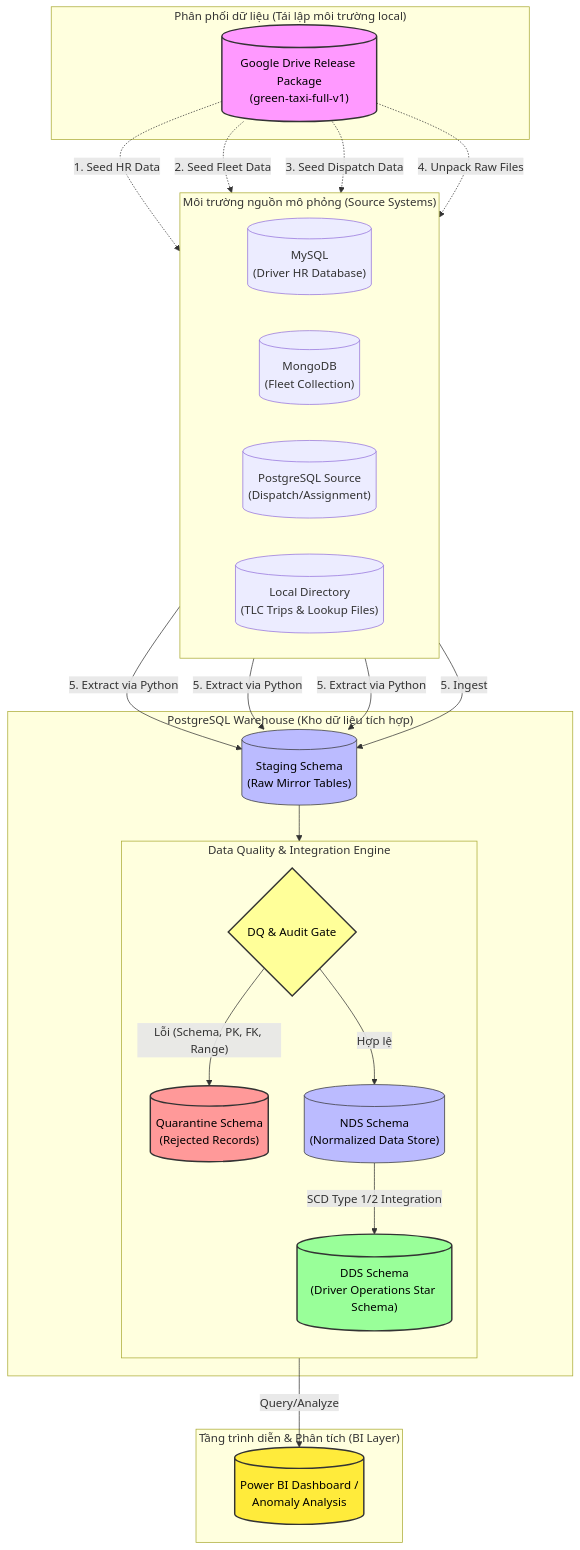
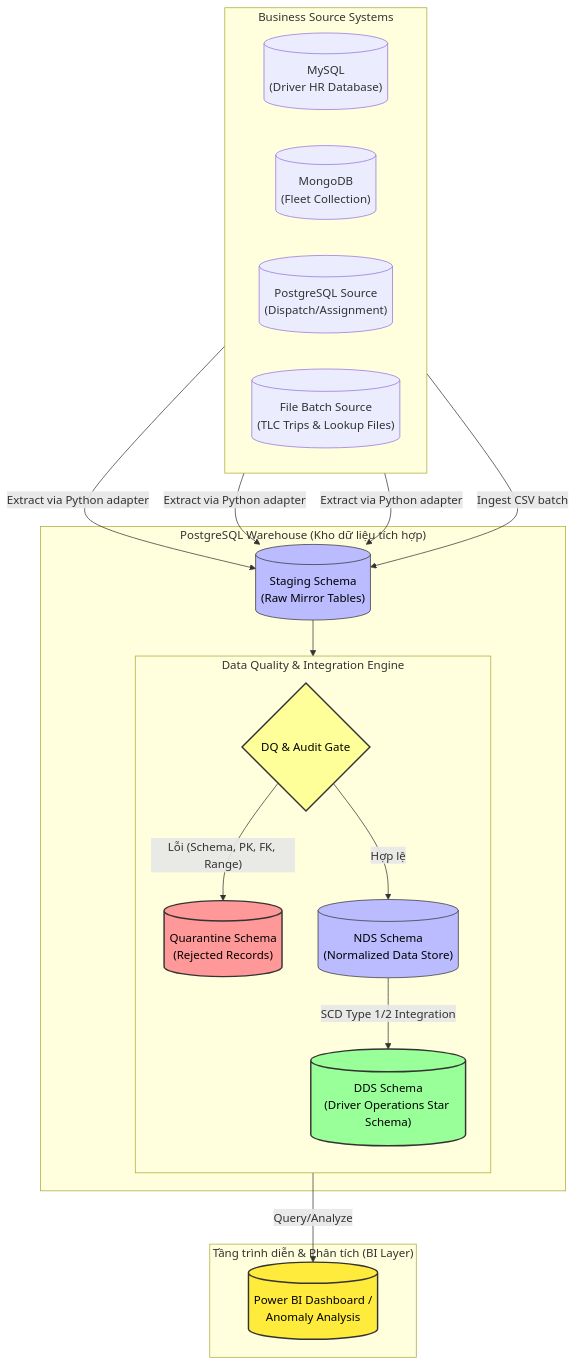
The first of 2 diagrams in README.md (HuyVuCV1011/Green-taxi), drawn with Mermaid before and after one commit. The commit also changed other lines of this file and 17 other files, not shown here.

````diff
--- a/README.md
+++ b/README.md
@@ -57,57 +61,44 @@
 ```mermaid
 flowchart TD
-    %% Định nghĩa các lớp phân tách (subgraph)
-    subgraph Distribution["Phân phối dữ liệu (Tái lập môi trường local)"]
-        GD[("Google Drive Release Package<br>(green-taxi-full-v1)")]
-    end
-
-    subgraph Sources["Môi trường nguồn mô phỏng (Source Systems)"]
+    subgraph Sources["Business Source Systems"]
         direction LR
         MySQL[("MySQL<br>(Driver HR Database)")]
         Mongo[("MongoDB<br>(Fleet Collection)")]
         PG_Src[("PostgreSQL Source<br>(Dispatch/Assignment)")]
-        Files[("Local Directory<br>(TLC Trips & Lookup Files)")]
+        Files[("File Batch Source<br>(TLC Trips & Lookup Files)")]
     end
 
     subgraph DWH["PostgreSQL Warehouse (Kho dữ liệu tích hợp)"]
         STG[("Staging Schema<br>(Raw Mirror Tables)")]
 
         subgraph Pipeline["Data Quality & Integration Engine"]
             direction TB
             DQ{"DQ & Audit Gate"}
             Q_Table[("Quarantine Schema<br>(Rejected Records)")]
             NDS[("NDS Schema<br>(Normalized Data Store)")]
             DDS[("DDS Schema<br>(Driver Operations Star Schema)")]
         end
     end
 
     subgraph Presentation["Tầng trình diễn & Phân tích (BI Layer)"]
         PBI[("Power BI Dashboard /<br>Anomaly Analysis")]
     end
 
-    %% Luồng liên kết
-    GD -.->|"1. Seed HR Data"| MySQL
-    GD -.->|"2. Seed Fleet Data"| Mongo
-    GD -.->|"3. Seed Dispatch Data"| PG_Src
-    GD -.->|"4. Unpack Raw Files"| Files
-
-    MySQL -->|"5. Extract via Python"| STG
-    Mongo -->|"5. Extract via Python"| STG
-    PG_Src -->|"5. Extract via Python"| STG
-    Files -->|"5. Ingest"| STG
+    MySQL -->|"Extract via Python adapter"| STG
+    Mongo -->|"Extract via Python adapter"| STG
+    PG_Src -->|"Extract via Python adapter"| STG
+    Files -->|"Ingest CSV batch"| STG
 
     STG --> DQ
     DQ -->|"Lỗi (Schema, PK, FK, Range)"| Q_Table
     DQ -->|"Hợp lệ"| NDS
     NDS -->|"SCD Type 1/2 Integration"| DDS
     DDS -->|"Query/Analyze"| PBI
 
-    %% Định nghĩa style
-    style GD fill:#f9f,stroke:#333,stroke-width:2px,color:#000
     style DQ fill:#ff9,stroke:#333,stroke-width:2px,color:#000
     style Q_Table fill:#f99,stroke:#333,stroke-width:2px,color:#000
     style STG fill:#bbf,stroke:#333,stroke-width:1px,color:#000
     style NDS fill:#bbf,stroke:#333,stroke-width:1px,color:#000
     style DDS fill:#9f9,stroke:#333,stroke-width:2px,color:#000
     style PBI fill:#ffeb3b,stroke:#333,stroke-width:2px,color:#000
 ```
````
